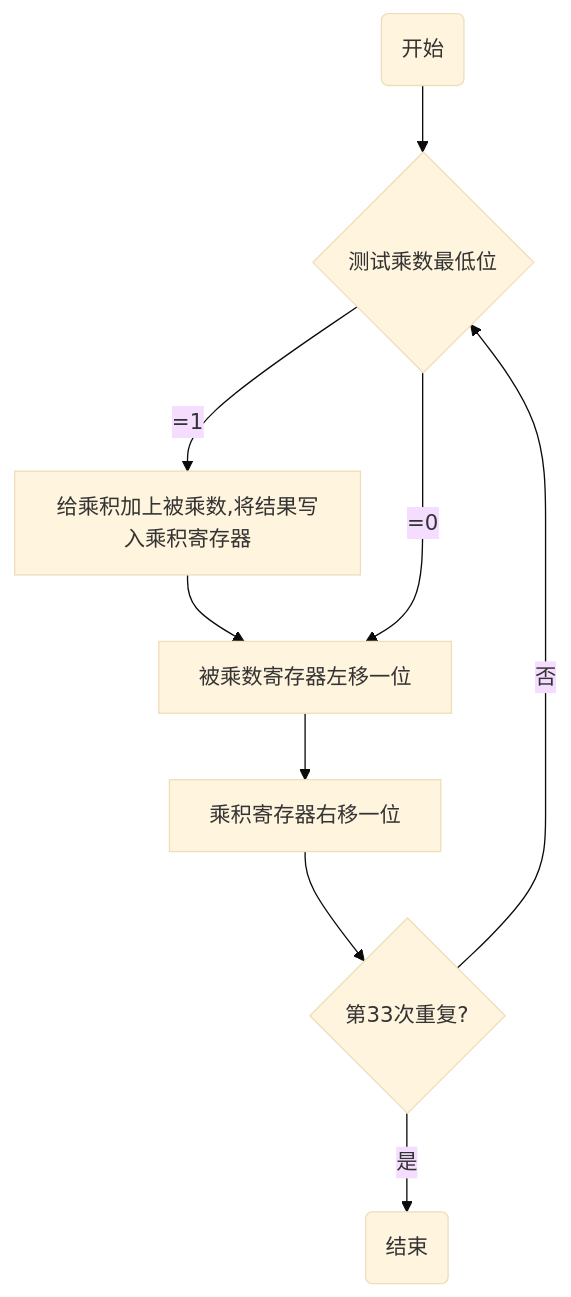
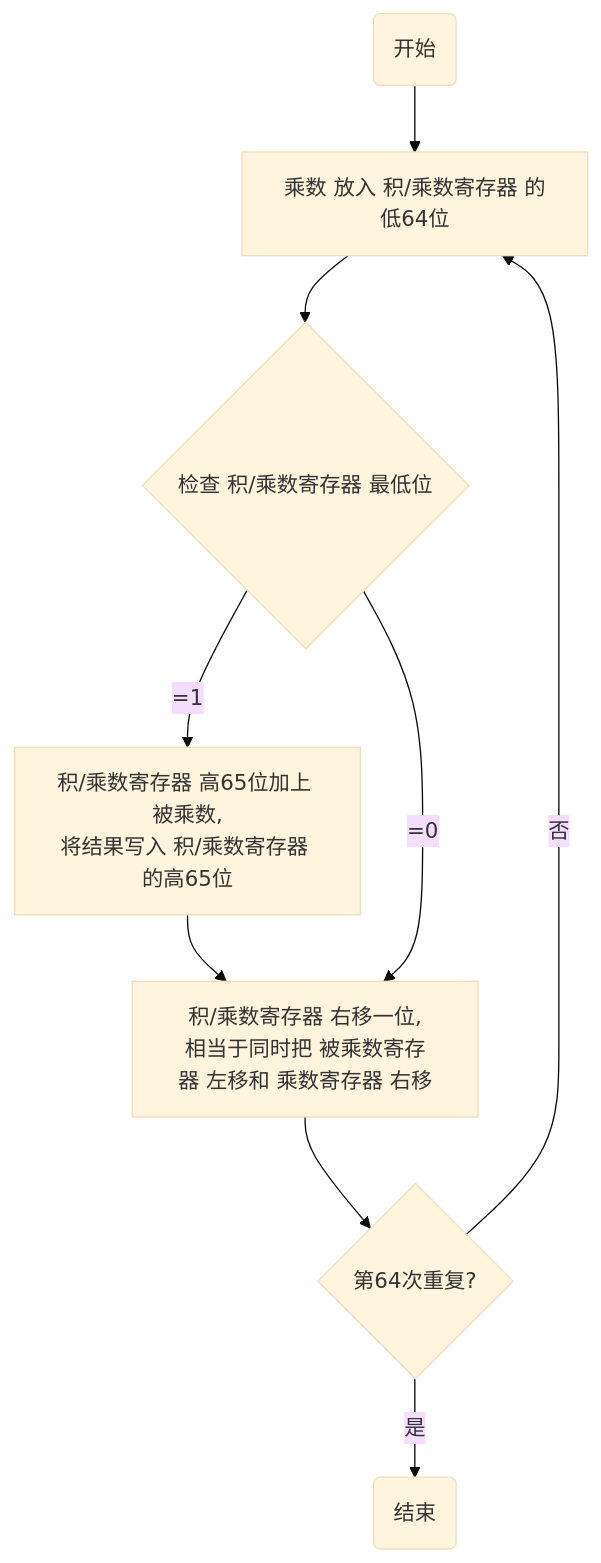
Before and after one commit to sunzhangshuai/myos: the second of 5 diagrams in 计算机组成与设计.md, drawn with Mermaid (base theme). The commit also changed other lines of this file and 38 other files, not shown here.

````diff
--- a/计算机组成与设计.md
+++ b/计算机组成与设计.md
@@ -1056,11 +1221,11 @@
-      ```mermaid
-      graph TD
-      A(开始) -->B{测试乘数最低位}
-      B --> |=1| C[给乘积加上被乘数,将结果写入乘积寄存器]
-      C --> D[被乘数寄存器左移一位]
-      B --> |=0| D
-      D --> E[乘积寄存器右移一位]
-      E --> F{第33次重复?}
-      F --> |否| B
-      F --> |是| G(结束)
-      ```
+  ```mermaid
+  graph TD
+  A(开始) --> B[乘数 放入 积/乘数寄存器 的低64位]
+  B -->C{检查 积/乘数寄存器 最低位}
+  C --> |=1|D[积/乘数寄存器 高65位加上 被乘数,<br \>将结果写入 积/乘数寄存器 的高65位]
+  D --> E[积/乘数寄存器 右移一位,<br \>相当于同时把 被乘数寄存器 左移和 乘数寄存器 右移]
+  C --> |=0| E
+  E --> F{第64次重复?}
+  F --> |否| B
+  F --> |是| G(结束)
+  ```
````
